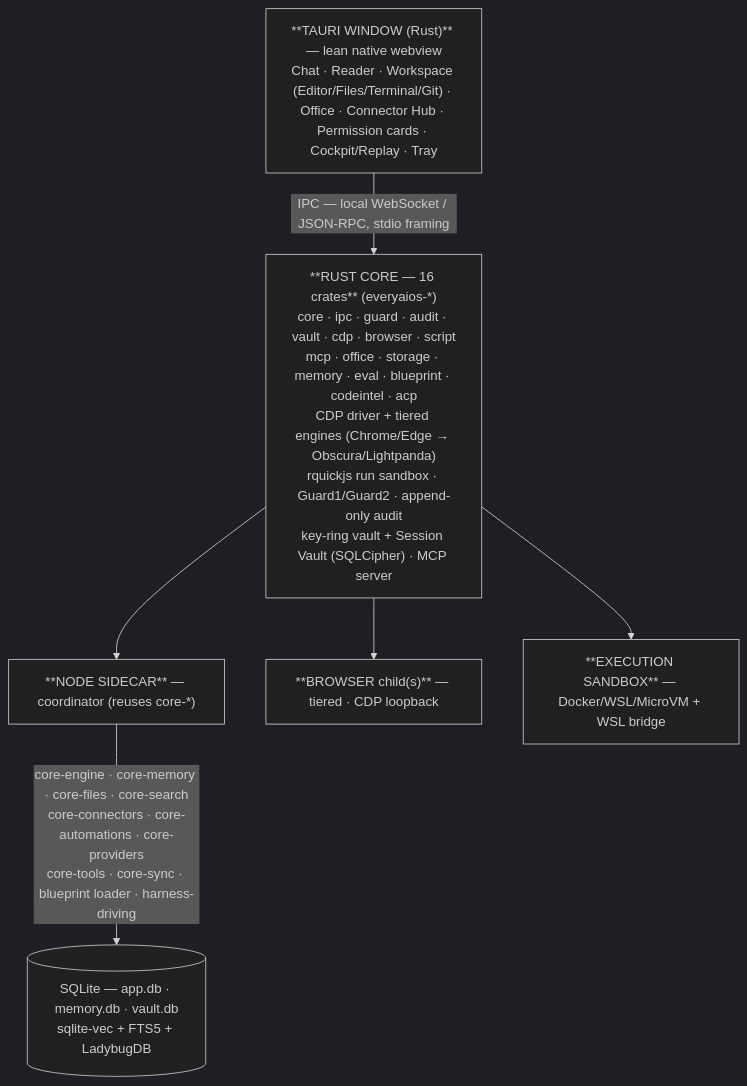
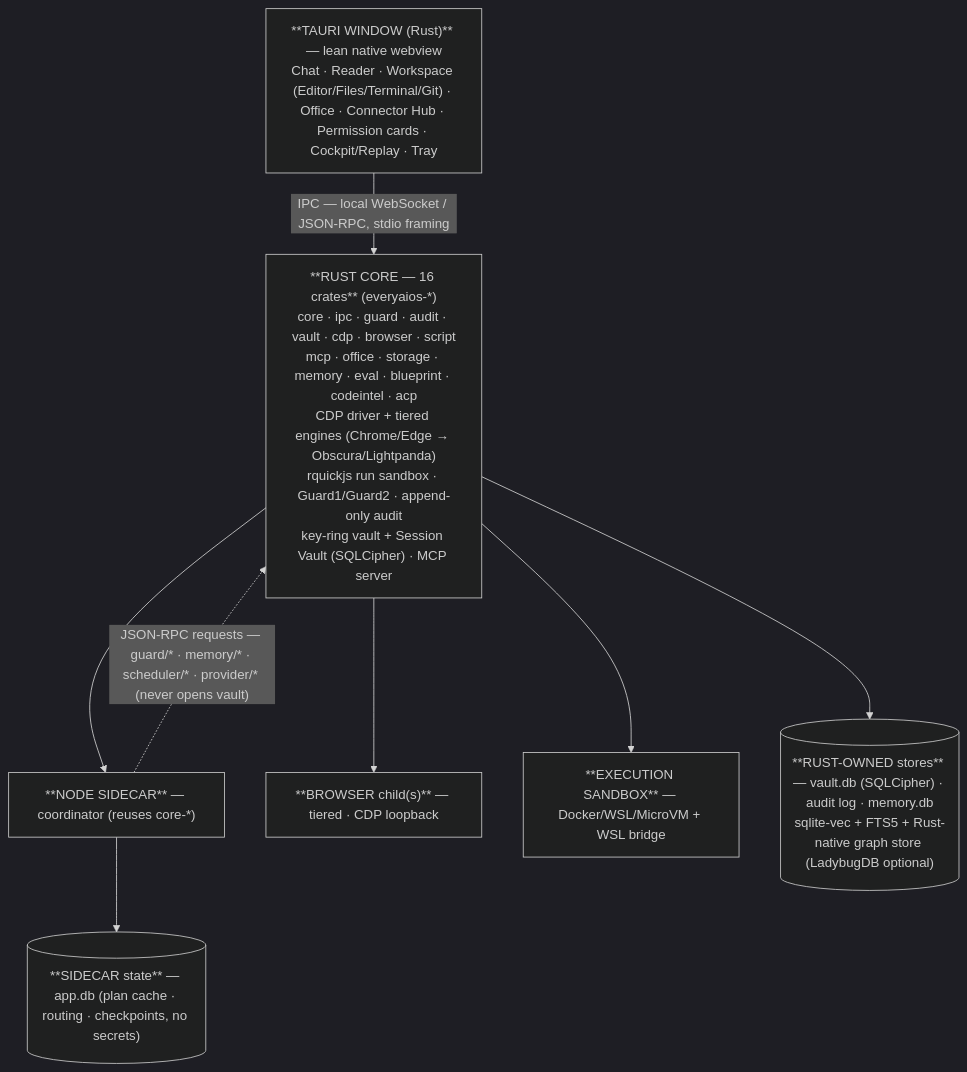
Before and after one commit to sarv-projects/EveryAIOS: the first of 9 diagrams in DESKTOP-APP-SPEC.md, drawn with Mermaid (dark theme). The commit also changed other lines of this file and 3 other files, not shown here.

````diff
--- a/DESKTOP-APP-SPEC.md
+++ b/DESKTOP-APP-SPEC.md
@@ -390,14 +390,17 @@
 ```mermaid
 flowchart TD
     UI["**TAURI WINDOW (Rust)** — lean native webview<br/>Chat · Reader · Workspace (Editor/Files/Terminal/Git) · Office · Connector Hub · Permission cards · Cockpit/Replay · Tray"]
     CORE["**RUST CORE — 16 crates** (everyaios-*)<br/>core · ipc · guard · audit · vault · cdp · browser · script<br/>mcp · office · storage · memory · eval · blueprint · codeintel · acp<br/>CDP driver + tiered engines (Chrome/Edge → Obscura/Lightpanda)<br/>rquickjs run sandbox · Guard1/Guard2 · append-only audit<br/>key-ring vault + Session Vault (SQLCipher) · MCP server"]
     SIDE["**NODE SIDECAR** — coordinator (reuses core-*)"]
     BROWSER["**BROWSER child(s)** — tiered · CDP loopback"]
     SANDBOX["**EXECUTION SANDBOX** — Docker/WSL/MicroVM + WSL bridge"]
-    DB[("SQLite — app.db · memory.db · vault.db<br/>sqlite-vec + FTS5 + LadybugDB")]
+    DB[("**RUST-OWNED stores** — vault.db (SQLCipher) · audit log · memory.db<br/>sqlite-vec + FTS5 + Rust-native graph store (LadybugDB optional)")]
+    APPDB[("**SIDECAR state** — app.db (plan cache · routing · checkpoints, no secrets)")]
     UI -->|"IPC — local WebSocket / JSON-RPC, stdio framing"| CORE
     CORE --> SIDE
     CORE --> BROWSER
     CORE --> SANDBOX
-    SIDE -->|"core-engine · core-memory · core-files · core-search<br/>core-connectors · core-automations · core-providers<br/>core-tools · core-sync · blueprint loader · harness-driving"| DB
+    CORE --> DB
+    SIDE --> APPDB
+    SIDE -.->|"JSON-RPC requests — guard/* · memory/* · scheduler/* · provider/* (never opens vault)"| CORE
 ```
````
